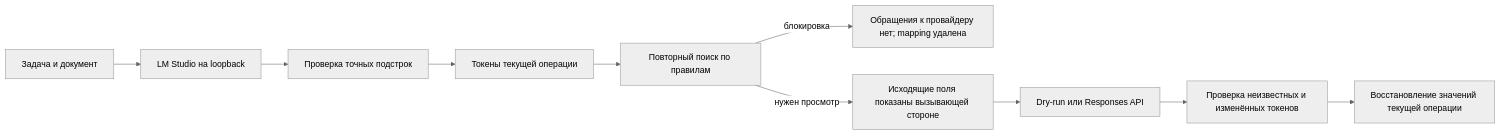
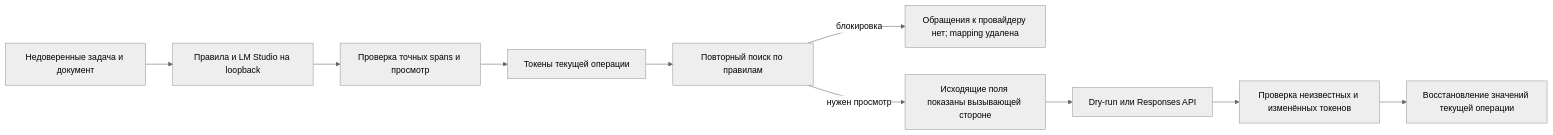
One commit to AI-Danil/pii-airlock changed the diagram in README.ru.md. Above: the diagram before and after it, drawn with Mermaid (neutral theme). The commit also changed other lines of this file and 43 other files, not shown here.

````diff
--- a/README.ru.md
+++ b/README.ru.md
@@ -13,12 +13,12 @@
 ```mermaid
 flowchart LR
-    A["Задача и документ"] --> B["LM Studio на loopback"]
-    B --> C["Проверка точных подстрок"]
+    A["Недоверенные задача и документ"] --> B["Правила и LM Studio на loopback"]
+    B --> C["Проверка точных spans и просмотр"]
     C --> D["Токены текущей операции"]
     D --> E["Повторный поиск по правилам"]
     E -->|блокировка| X["Обращения к провайдеру нет; mapping удалена"]
     E -->|нужен просмотр| R["Исходящие поля показаны вызывающей стороне"]
     R --> F["Dry-run или Responses API"]
     F --> G["Проверка неизвестных и изменённых токенов"]
     G --> H["Восстановление значений текущей операции"]
 ```
````
